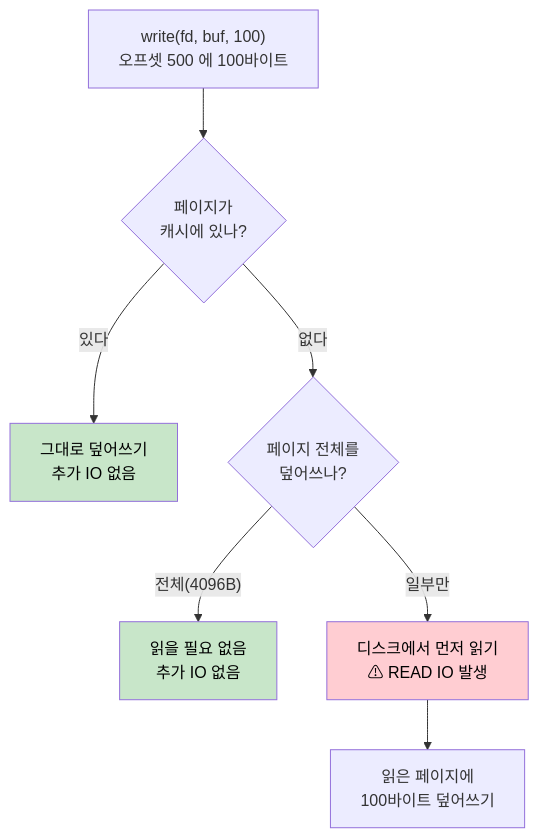
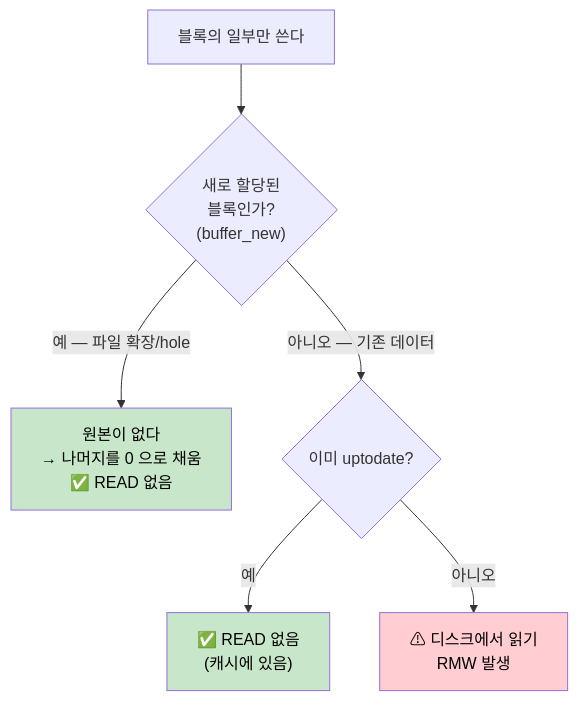
The eighth of 20 diagrams in src/content/docs/fsiotrace/io-layers.md (kakaromo/kakaromo.github.io), drawn with Mermaid before and after one commit. The commit also changed other lines of this file, not shown here.

First line of the commit message:
docs(fsiotrace): RMW 설명 보강 — 판정 조건을 커널 코드 그대로

````diff
--- a/src/content/docs/fsiotrace/io-layers.md
+++ b/src/content/docs/fsiotrace/io-layers.md
@@ -279,13 +355,12 @@
 ```mermaid
 flowchart TD
-    A["write(fd, buf, 100)<br/>오프셋 500 에 100바이트"] --> B{"페이지가<br/>캐시에 있나?"}
-    B -->|"있다"| C["그대로 덮어쓰기<br/>추가 IO 없음"]
-    B -->|"없다"| D{"페이지 전체를<br/>덮어쓰나?"}
-    D -->|"전체(4096B)"| E["읽을 필요 없음<br/>추가 IO 없음"]
-    D -->|"일부만"| F["디스크에서 먼저 읽기<br/>⚠ READ IO 발생"]
-    F --> G["읽은 페이지에<br/>100바이트 덮어쓰기"]
+    A["블록의 일부만 쓴다"] --> B{"새로 할당된<br/>블록인가?<br/>(buffer_new)"}
+    B -->|"예 — 파일 확장/hole"| C["원본이 없다<br/>→ 나머지를 0 으로 채움<br/>✅ READ 없음"]
+    B -->|"아니오 — 기존 데이터"| D{"이미 uptodate?"}
+    D -->|"예"| E["✅ READ 없음<br/>(캐시에 있음)"]
+    D -->|"아니오"| F["⚠ 디스크에서 읽기<br/>RMW 발생"]
 
-    style F fill:#ffcdd2,color:#000
     style C fill:#c8e6c9,color:#000
     style E fill:#c8e6c9,color:#000
+    style F fill:#ffcdd2,color:#000
 ```
````
